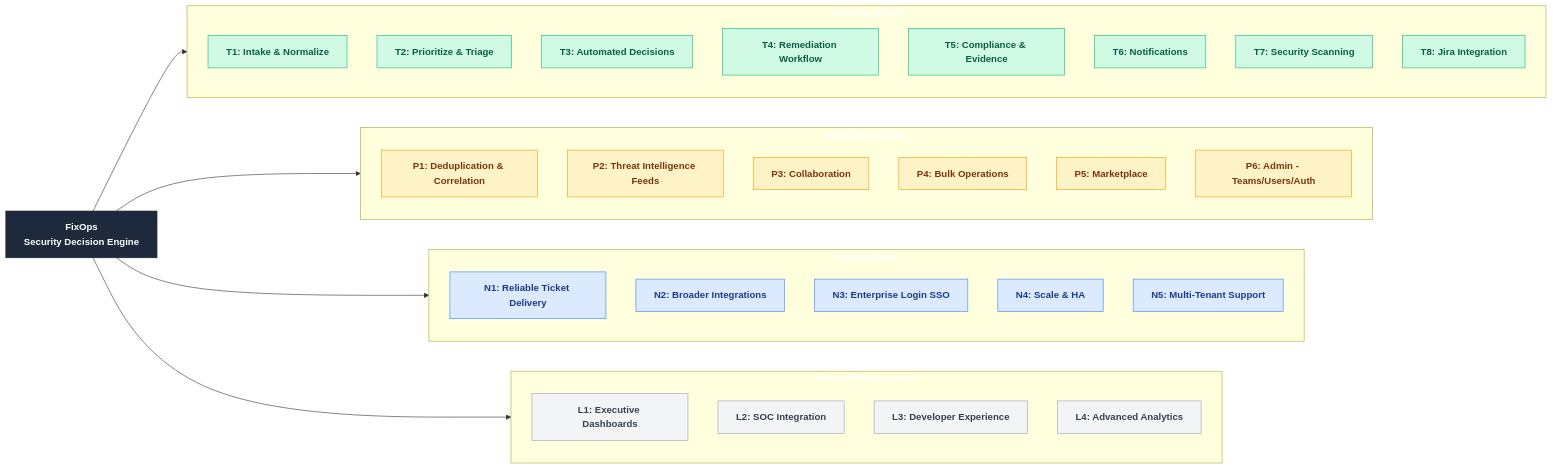
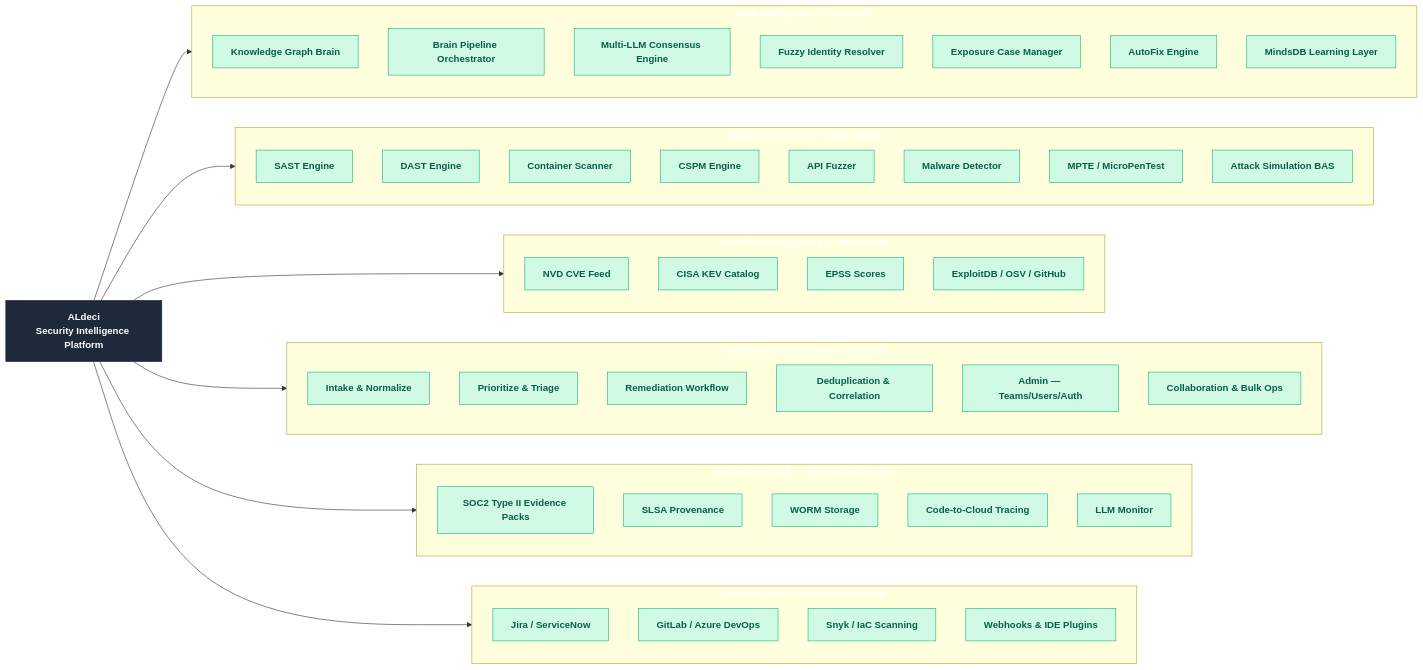
Before and after one commit to DevOpsMadDog/Fixops: the first of 4 diagrams in docs/FIXOPS_PRODUCT_STATUS.md, drawn with Mermaid. The commit also changed other lines of this file and 2829 other files, not shown here.

````diff
--- a/docs/FIXOPS_PRODUCT_STATUS.md
+++ b/docs/FIXOPS_PRODUCT_STATUS.md
@@ -11,54 +12,72 @@
 ```mermaid
 flowchart LR
-  F[FixOps<br/>Security Decision Engine]:::root
+  F[ALdeci<br/>Security Intelligence Platform]:::root
 
-  subgraph TODAY[Available Today]
+  subgraph CORE[Core Intelligence — suite-core]
     direction TB
-    T1[T1: Intake & Normalize]:::done
-    T2[T2: Prioritize & Triage]:::done
-    T3[T3: Automated Decisions]:::done
-    T4[T4: Remediation Workflow]:::done
-    T5[T5: Compliance & Evidence]:::done
-    T6[T6: Notifications]:::done
-    T7[T7: Security Scanning]:::done
-    T8[T8: Jira Integration]:::done
+    C1[Knowledge Graph Brain]:::done
+    C2[Brain Pipeline Orchestrator]:::done
+    C3[Multi-LLM Consensus Engine]:::done
+    C4[Fuzzy Identity Resolver]:::done
+    C5[Exposure Case Manager]:::done
+    C6[AutoFix Engine]:::done
+    C7[MindsDB Learning Layer]:::done
   end
 
-  subgraph PLATFORM[Platform Services]
+  subgraph ATTACK[Offensive Security — suite-attack]
     direction TB
-    P1[P1: Deduplication & Correlation]:::platform
-    P2[P2: Threat Intelligence Feeds]:::platform
-    P3[P3: Collaboration]:::platform
-    P4[P4: Bulk Operations]:::platform
-    P5[P5: Marketplace]:::platform
-    P6[P6: Admin - Teams/Users/Auth]:::platform
+    A1[SAST Engine]:::done
+    A2[DAST Engine]:::done
+    A3[Container Scanner]:::done
+    A4[CSPM Engine]:::done
+    A5[API Fuzzer]:::done
+    A6[Malware Detector]:::done
+    A7[MPTE / MicroPenTest]:::done
+    A8[Attack Simulation BAS]:::done
   end
 
-  subgraph NEXT[Coming Next]
+  subgraph FEEDS[Real-Time Intelligence — suite-feeds]
     direction TB
-    N1[N1: Reliable Ticket Delivery]:::planned
-    N2[N2: Broader Integrations]:::planned
-    N3[N3: Enterprise Login SSO]:::planned
-    N4[N4: Scale & HA]:::planned
-    N5[N5: Multi-Tenant Support]:::planned
+    F1[NVD CVE Feed]:::done
+    F2[CISA KEV Catalog]:::done
+    F3[EPSS Scores]:::done
+    F4[ExploitDB / OSV / GitHub]:::done
   end
 
-  subgraph LATER[Future Enhancements]
+  subgraph PLATFORM[Platform & Governance — suite-api]
     direction TB
-    L1[L1: Executive Dashboards]:::later
-    L2[L2: SOC Integration]:::later
-    L3[L3: Developer Experience]:::later
-    L4[L4: Advanced Analytics]:::later
+    P1[Intake & Normalize]:::done
+    P2[Prioritize & Triage]:::done
+    P3[Remediation Workflow]:::done
+    P4[Deduplication & Correlation]:::done
+    P5[Admin — Teams/Users/Auth]:::done
+    P6[Collaboration & Bulk Ops]:::done
   end
 
-  F --> TODAY
+  subgraph EVIDENCE[Evidence & Risk — suite-evidence-risk]
+    direction TB
+    E1[SOC2 Type II Evidence Packs]:::done
+    E2[SLSA Provenance]:::done
+    E3[WORM Storage]:::done
+    E4[Code-to-Cloud Tracing]:::done
+    E5[LLM Monitor]:::done
+  end
+
+  subgraph INTEGRATIONS[External Tools — suite-integrations]
+    direction TB
+    I1[Jira / ServiceNow]:::done
+    I2[GitLab / Azure DevOps]:::done
+    I3[Snyk / IaC Scanning]:::done
+    I4[Webhooks & IDE Plugins]:::done
+  end
+
+  F --> CORE
+  F --> ATTACK
+  F --> FEEDS
   F --> PLATFORM
-  F --> NEXT
-  F --> LATER
+  F --> EVIDENCE
+  F --> INTEGRATIONS
 
   classDef root fill:#1e293b,stroke:#1e293b,color:#ffffff,font-weight:bold;
   classDef done fill:#d1fae5,stroke:#10b981,color:#065f46;
-  classDef platform fill:#fef3c7,stroke:#f59e0b,color:#78350f;
-  classDef planned fill:#dbeafe,stroke:#3b82f6,color:#1e3a8a;
-  classDef later fill:#f3f4f6,stroke:#9ca3af,color:#374151;
 ```
````
